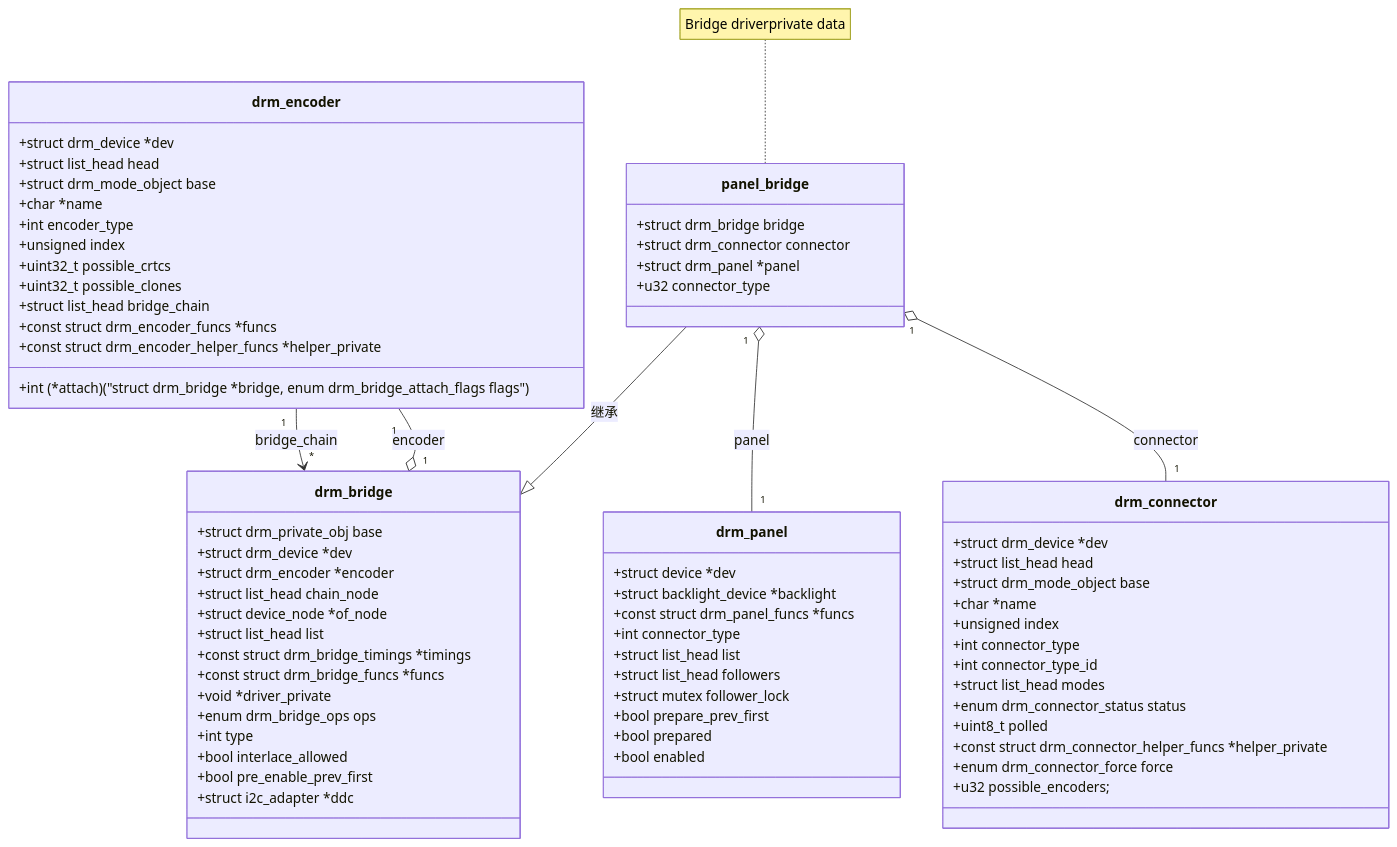
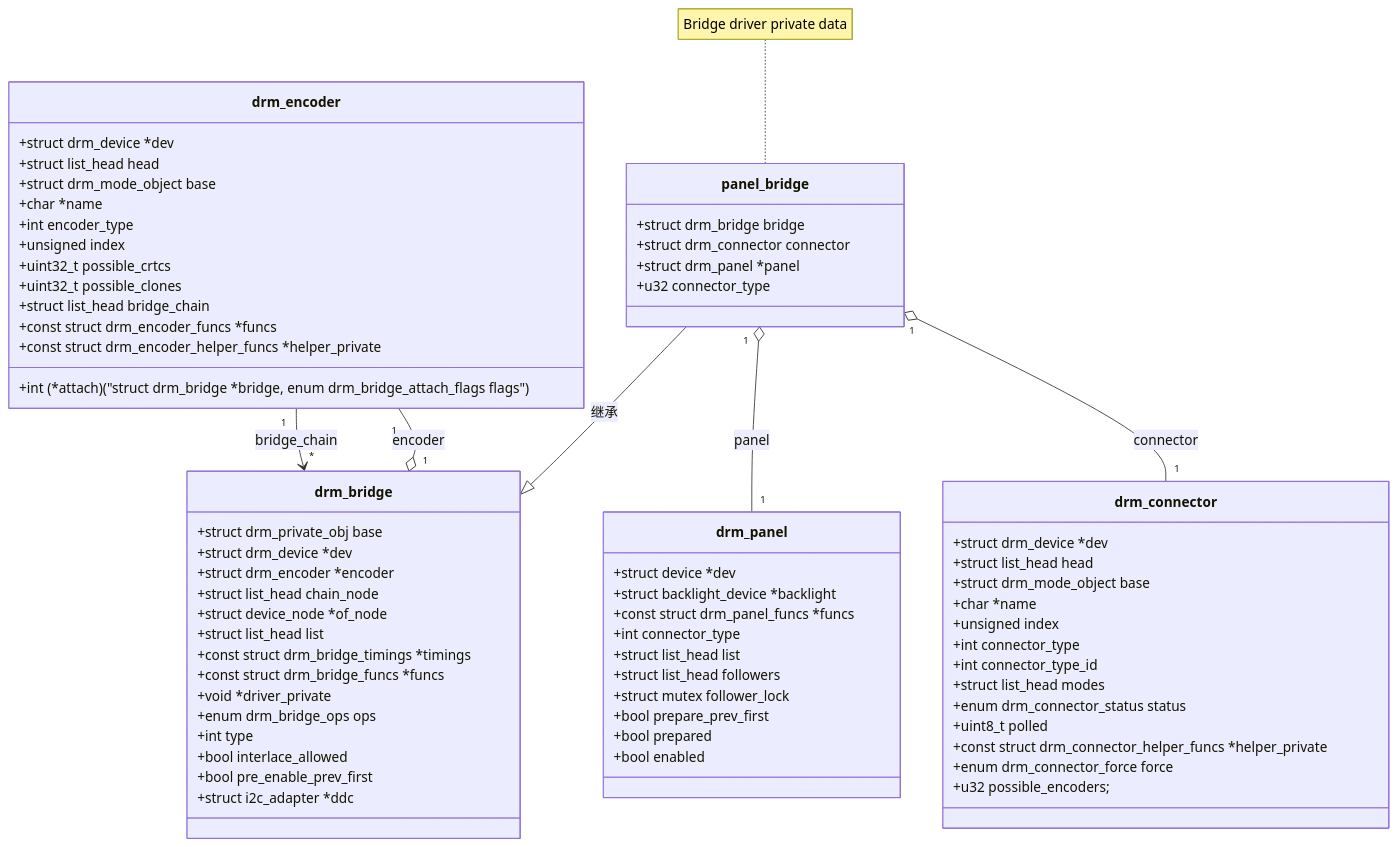
Before and after one commit to YC-Xiang/YC-Xiang.github.io: the first of 2 diagrams in content/posts/Note/Linux/DRM/11_drm_bridge.md, drawn with Mermaid. The commit also changed 4 other files, not shown here.

````diff
--- a/content/posts/Note/Linux/DRM/11_drm_bridge.md
+++ b/content/posts/Note/Linux/DRM/11_drm_bridge.md
@@ -144,77 +144,77 @@
 ```mermaid
 classDiagram
     class drm_encoder {
         +struct drm_device *dev
         +struct list_head head
         +struct drm_mode_object base
         +char *name
         +int encoder_type
         +unsigned index
         +uint32_t possible_crtcs
         +uint32_t possible_clones
         +struct list_head bridge_chain
         +const struct drm_encoder_funcs *funcs
         +const struct drm_encoder_helper_funcs *helper_private
 	+int (*attach)("struct drm_bridge *bridge, enum drm_bridge_attach_flags flags")
     }
 
     class drm_connector {
         +struct drm_device *dev
         +struct list_head head
         +struct drm_mode_object base
         +char *name
         +unsigned index
         +int connector_type
         +int connector_type_id
         +struct list_head modes
         +enum drm_connector_status status
         +uint8_t polled
         +const struct drm_connector_helper_funcs *helper_private
         +enum drm_connector_force force
 	+u32 possible_encoders;
     }
 
     class drm_bridge {
         +struct drm_private_obj base
         +struct drm_device *dev
         +struct drm_encoder *encoder
         +struct list_head chain_node
         +struct device_node *of_node
         +struct list_head list
         +const struct drm_bridge_timings *timings
         +const struct drm_bridge_funcs *funcs
         +void *driver_private
         +enum drm_bridge_ops ops
         +int type
         +bool interlace_allowed
         +bool pre_enable_prev_first
         +struct i2c_adapter *ddc
     }
 
     class drm_panel {
         +struct device *dev
         +struct backlight_device *backlight
         +const struct drm_panel_funcs *funcs
         +int connector_type
         +struct list_head list
         +struct list_head followers
         +struct mutex follower_lock
         +bool prepare_prev_first
         +bool prepared
         +bool enabled
     }
 
-    note for panel_bridge "Bridge driverprivate data"
+    note for panel_bridge "Bridge driver private data"
     class panel_bridge {
         +struct drm_bridge bridge
         +struct drm_connector connector
         +struct drm_panel *panel
         +u32 connector_type
     }
 
     drm_encoder "1" --> "*" drm_bridge : bridge_chain
     drm_bridge "1" o-- "1" drm_encoder : encoder
     panel_bridge --|> drm_bridge : 继承
     panel_bridge "1" o-- "1" drm_panel : panel
     panel_bridge "1" o-- "1" drm_connector : connector
 ```
````
